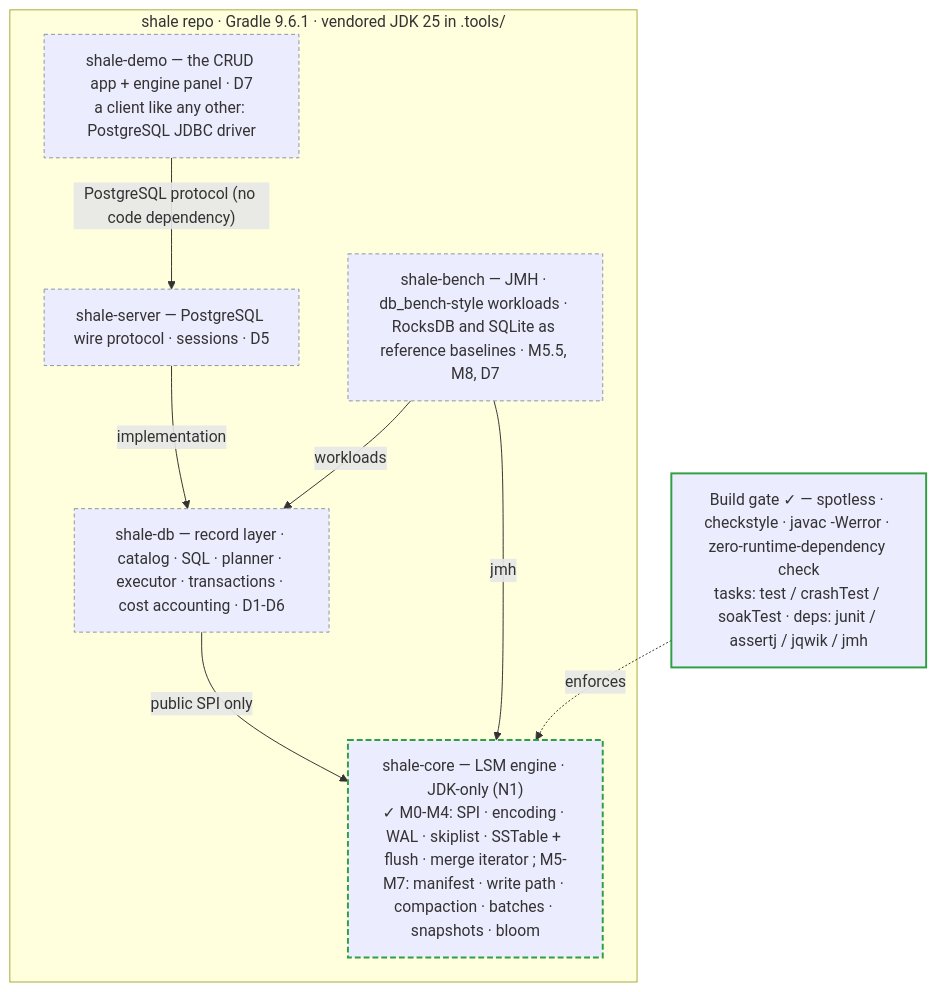
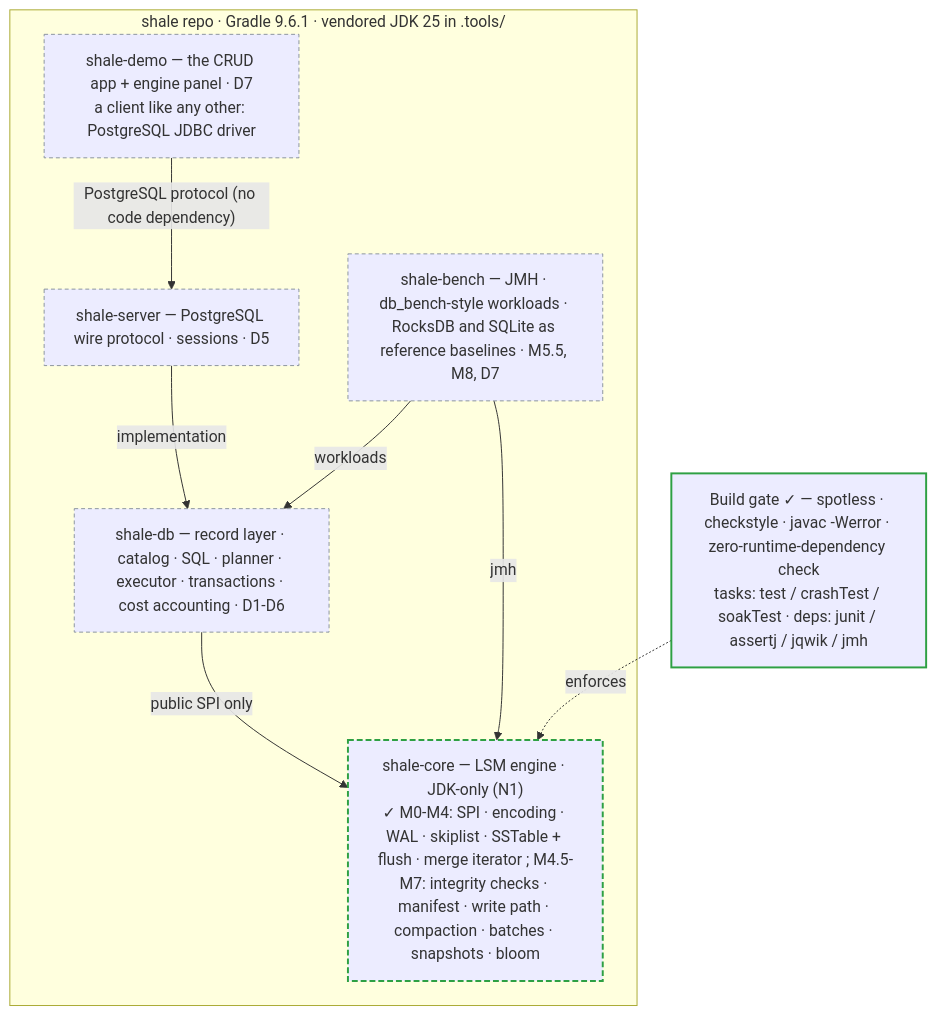
One commit to rahul-j0shi/shale changed the first of 4 diagrams in documentation/architecture/project-scope.md. Above: the diagram before and after it, drawn with Mermaid. The commit also changed other lines of this file and 27 other files, not shown here.

````diff
--- a/documentation/architecture/project-scope.md
+++ b/documentation/architecture/project-scope.md
@@ -15,21 +15,21 @@
 ```mermaid
 flowchart TB
   subgraph repo["shale repo · Gradle 9.6.1 · vendored JDK 25 in .tools/"]
     demo["shale-demo — the CRUD app + engine panel · D7<br/>a client like any other: PostgreSQL JDBC driver"]:::plan
     server["shale-server — PostgreSQL wire protocol · sessions · D5"]:::plan
     sdb["shale-db — record layer · catalog · SQL · planner · executor · transactions · cost accounting · D1-D6"]:::plan
-    core["shale-core — LSM engine · JDK-only (N1)<br/>✓ M0-M4: SPI · encoding · WAL · skiplist · SSTable + flush · merge iterator ; M5-M7: manifest · write path · compaction · batches · snapshots · bloom"]:::part
+    core["shale-core — LSM engine · JDK-only (N1)<br/>✓ M0-M4: SPI · encoding · WAL · skiplist · SSTable + flush · merge iterator ; M4.5-M7: integrity checks · manifest · write path · compaction · batches · snapshots · bloom"]:::part
     bench["shale-bench — JMH · db_bench-style workloads · RocksDB and SQLite as reference baselines · M5.5, M8, D7"]:::plan
   end
   demo -->|"PostgreSQL protocol (no code dependency)"| server
   server -->|implementation| sdb
   sdb -->|public SPI only| core
   bench -->|jmh| core
   bench -->|workloads| sdb
   gate["Build gate ✓ — spotless · checkstyle · javac -Werror · zero-runtime-dependency check<br/>tasks: test / crashTest / soakTest · deps: junit / assertj / jqwik / jmh"]:::done
   gate -. enforces .-> core
 
   classDef done stroke:#2ea043,stroke-width:2px;
   classDef part stroke:#2ea043,stroke-width:2px,stroke-dasharray:6 3;
   classDef plan stroke:#8b949e,stroke-width:1px,stroke-dasharray:4 3;
 ```
````
